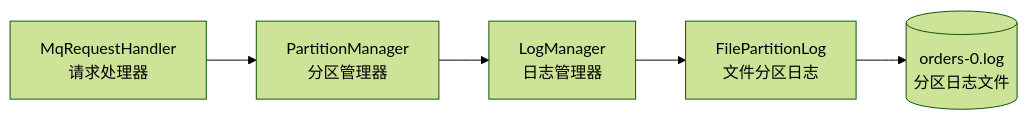
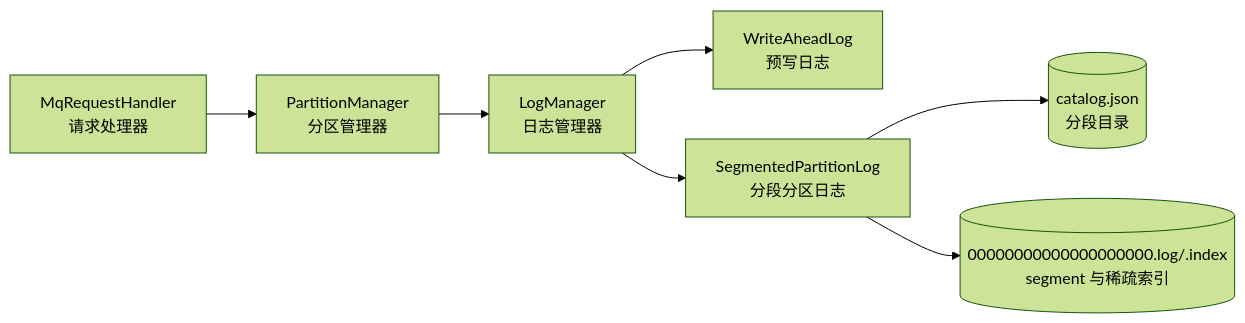
One commit to wxw121/miniMQ changed the fifth of 5 diagrams in docs/architecture.md. Above: the diagram before and after it, drawn with Mermaid (forest theme). The commit also changed other lines of this file and 15 other files, not shown here.

````diff
--- a/docs/architecture.md
+++ b/docs/architecture.md
@@ -172,13 +177,17 @@
 ```mermaid
 flowchart LR
     handler[MqRequestHandler<br/>请求处理器]
     pm[PartitionManager<br/>分区管理器]
     lm[LogManager<br/>日志管理器]
-    fpl[FilePartitionLog<br/>文件分区日志]
-    file[(orders-0.log<br/>分区日志文件)]
+    wal[WriteAheadLog<br/>预写日志]
+    spl[SegmentedPartitionLog<br/>分段分区日志]
+    catalog[(catalog.json<br/>分段目录)]
+    seg[(00000000000000000000.log/.index<br/>segment 与稀疏索引)]
 
     handler --> pm
     pm --> lm
-    lm --> fpl
-    fpl --> file
+    lm --> wal
+    lm --> spl
+    spl --> catalog
+    spl --> seg
 ```
````
